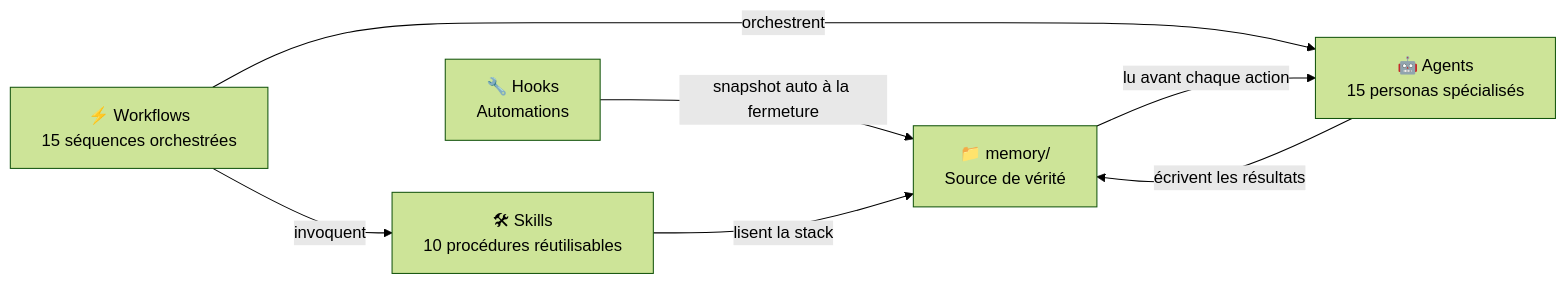
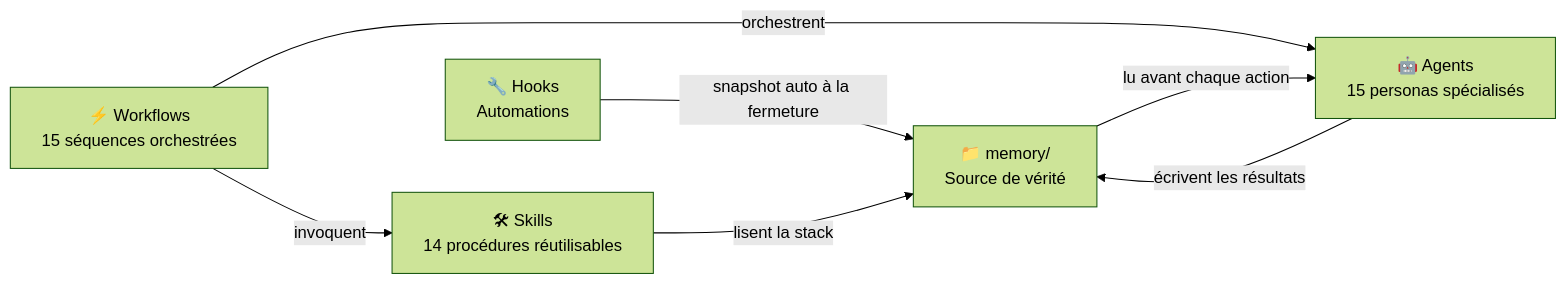
Before and after one commit to KillianPiccerelle/ai-dev-framework: the diagram in docs/fr/README.md, drawn with Mermaid (forest theme). The commit also changed other lines of this file and 6 other files, not shown here.

````diff
--- a/docs/fr/README.md
+++ b/docs/fr/README.md
@@ -105,15 +109,15 @@
 ```mermaid
 graph LR
     MEM["📁 memory/\nSource de vérité"]
     AGT["🤖 Agents\n15 personas spécialisés"]
     WFL["⚡ Workflows\n15 séquences orchestrées"]
-    SKL["🛠 Skills\n10 procédures réutilisables"]
+    SKL["🛠 Skills\n14 procédures réutilisables"]
     HKS["🔧 Hooks\nAutomations"]
 
     MEM -->|lu avant chaque action| AGT
     AGT -->|écrivent les résultats| MEM
     WFL -->|orchestrent| AGT
     WFL -->|invoquent| SKL
     SKL -->|lisent la stack| MEM
     HKS -->|snapshot auto à la fermeture| MEM
 ```
````
